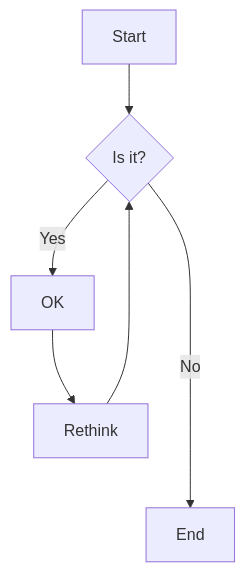
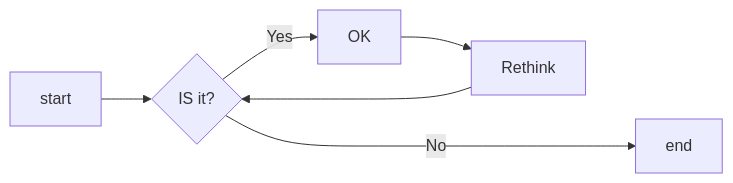
Before and after one commit to minrrww/vs_code_cpp: diagram 12 of 35 in 了不起的Markdown/9.mermaid深入学习.md, drawn with Mermaid. The commit also changed other lines of this file and 7 other files, not shown here.

````diff
--- a/了不起的Markdown/9.mermaid深入学习.md
+++ b/了不起的Markdown/9.mermaid深入学习.md
@@ -130,8 +153,8 @@
 ```mermaid
-flowchart TD
-    A[Start] --> B{Is it?}
+flowchart LR
+    A[start] --> B{IS it?}
     B -- Yes --> C[OK]
     C --> D[Rethink]
     D --> B
-    B -- No ----> E[End]
+    B -- No ----> E[end]
 ```
````
